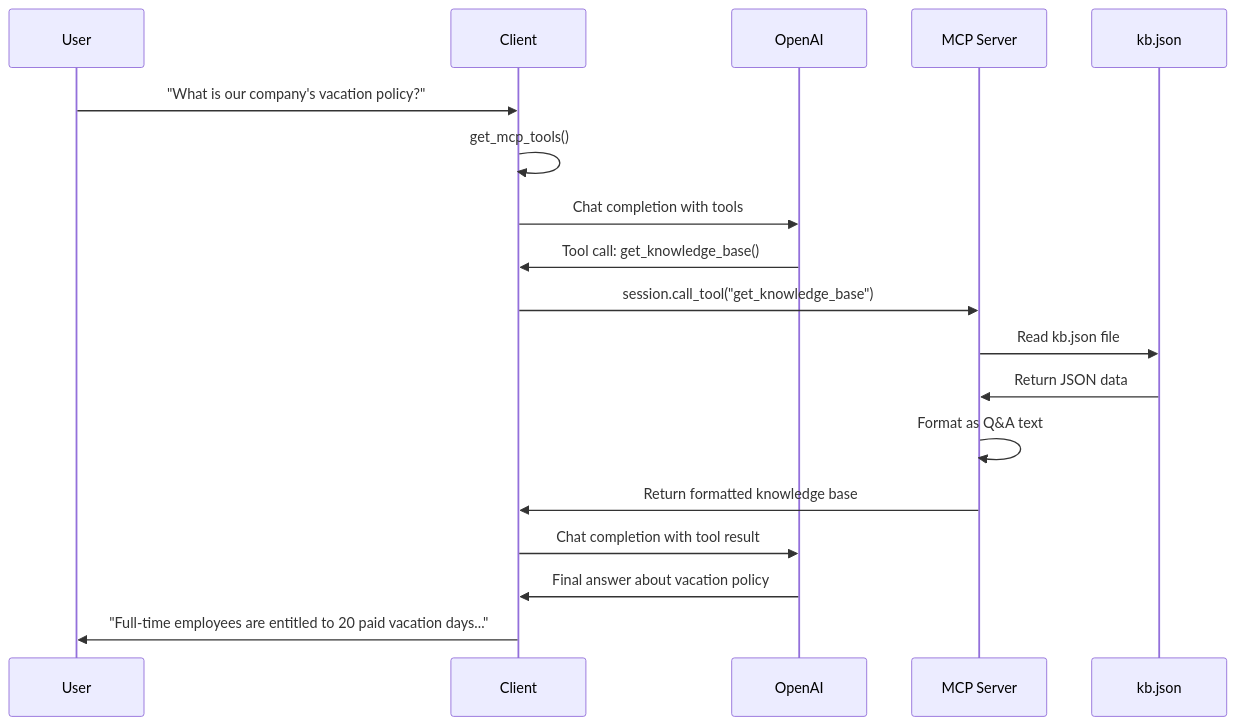
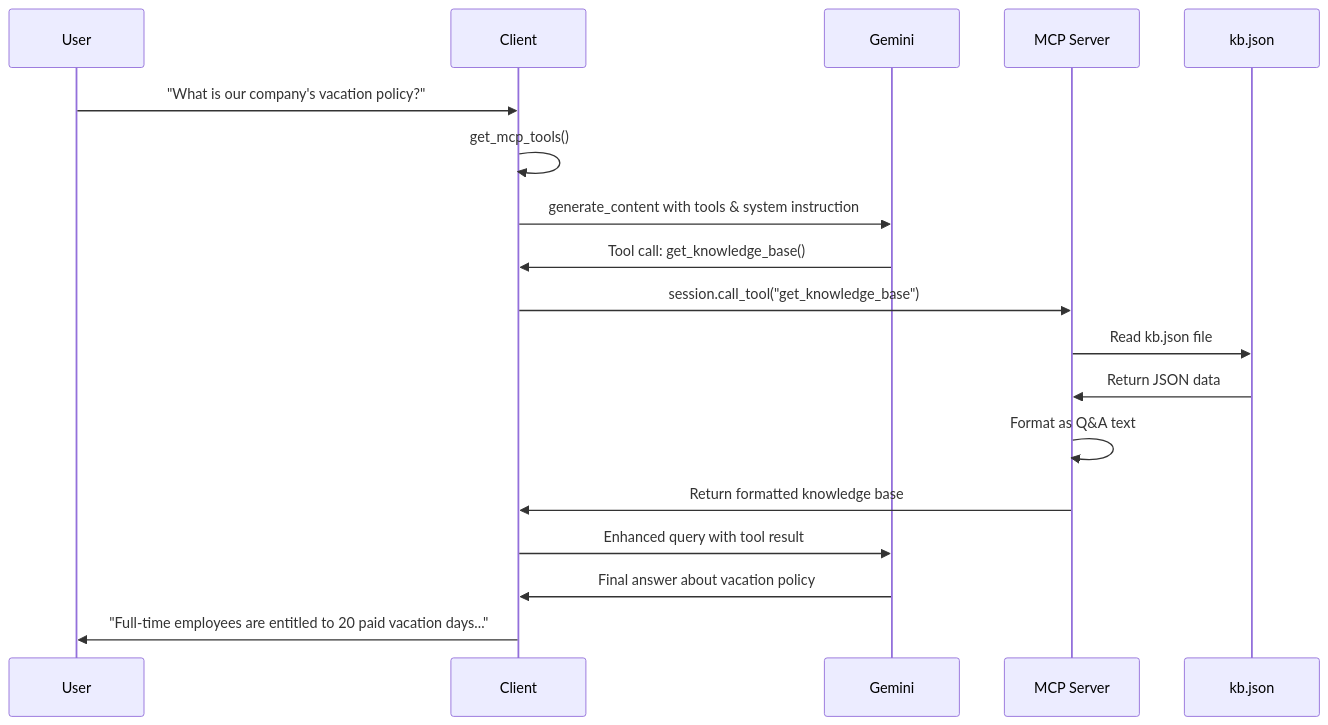
Before and after one commit to PacifistaPx0/MCP-Server: the fourth of 4 diagrams in openAI-integration/control_flow.md, drawn with Mermaid. The commit also changed other lines of this file, not shown here.

````diff
--- a/openAI-integration/control_flow.md
+++ b/openAI-integration/control_flow.md
@@ -228,21 +239,21 @@
 ```mermaid
 sequenceDiagram
     participant U as User
     participant C as Client
-    participant O as OpenAI
+    participant G as Gemini
     participant M as MCP Server
     participant K as kb.json
 
     U->>C: "What is our company's vacation policy?"
     C->>C: get_mcp_tools()
-    C->>O: Chat completion with tools
-    O->>C: Tool call: get_knowledge_base()
+    C->>G: generate_content with tools & system instruction
+    G->>C: Tool call: get_knowledge_base()
     C->>M: session.call_tool("get_knowledge_base")
     M->>K: Read kb.json file
     K->>M: Return JSON data
     M->>M: Format as Q&A text
     M->>C: Return formatted knowledge base
-    C->>O: Chat completion with tool result
-    O->>C: Final answer about vacation policy
+    C->>G: Enhanced query with tool result
+    G->>C: Final answer about vacation policy
     C->>U: "Full-time employees are entitled to 20 paid vacation days..."
 ```
````
